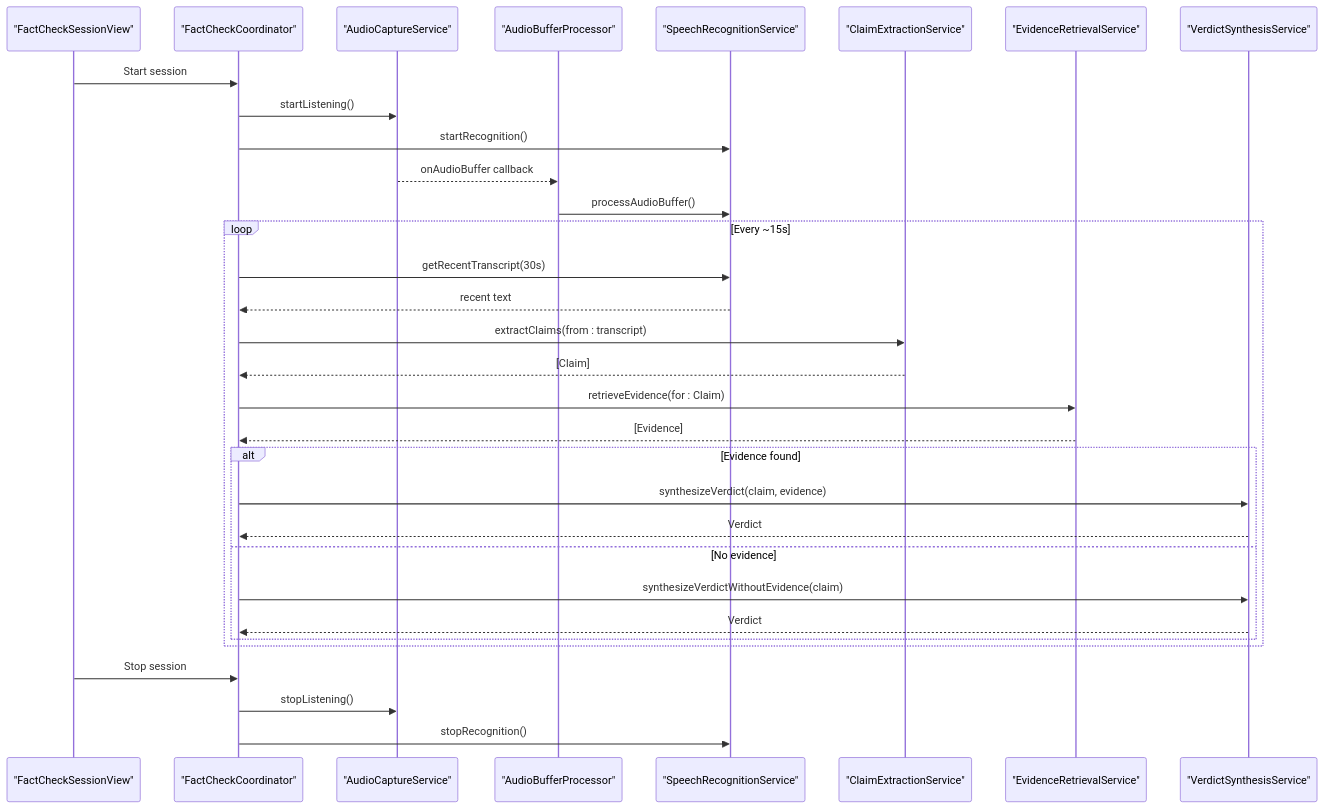
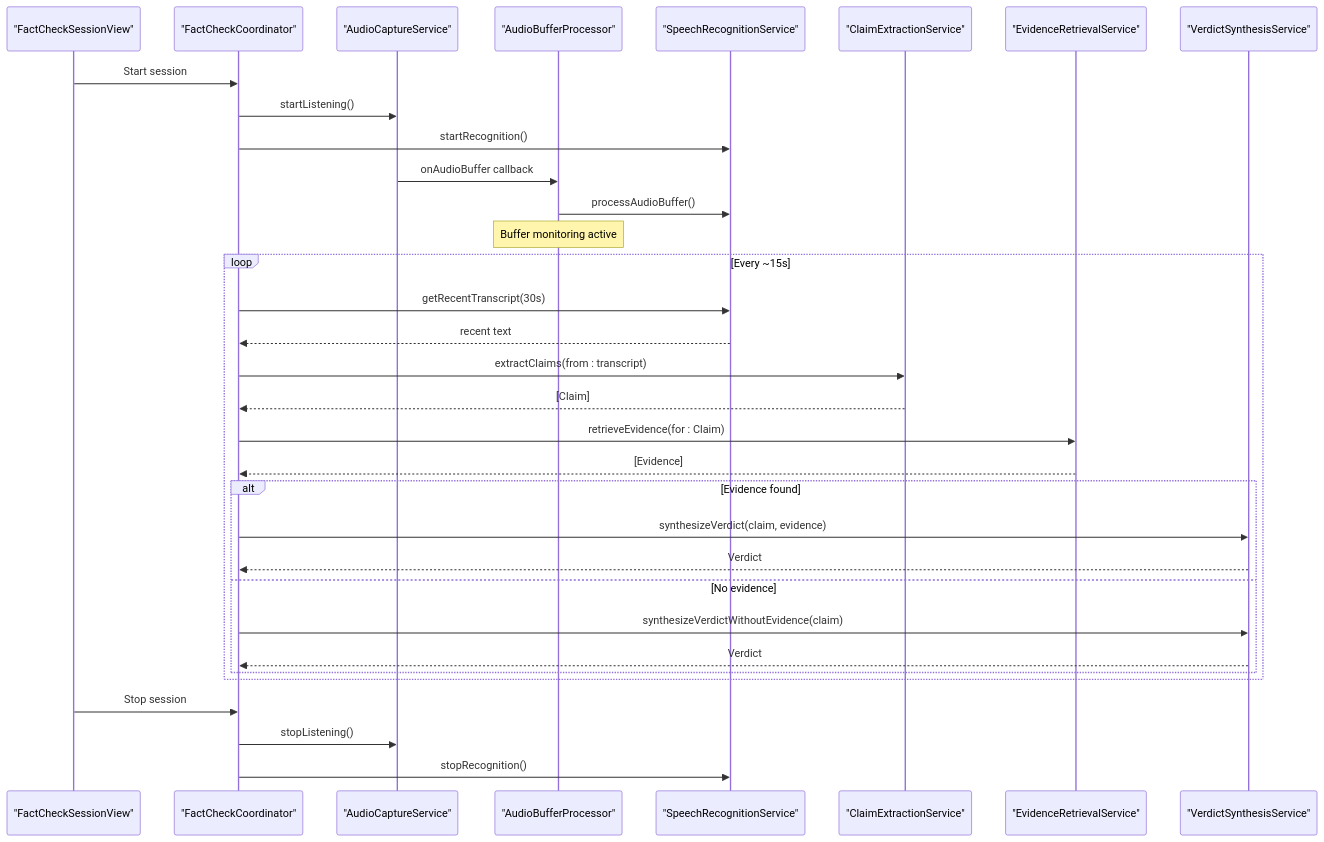
One commit to alexandreybasta-cyber/factshield-ios changed the second of 4 diagrams in .qoder/repowiki/en/content/Core Services/Speech Recognition.md. Above: the diagram before and after it, drawn with Mermaid. The commit also changed other lines of this file and 97 other files, not shown here.

````diff
--- a/.qoder/repowiki/en/content/Core Services/Speech Recognition.md
+++ b/.qoder/repowiki/en/content/Core Services/Speech Recognition.md
@@ -120,34 +112,35 @@
 ```mermaid
 sequenceDiagram
 participant UI as "FactCheckSessionView"
 participant Coord as "FactCheckCoordinator"
 participant Audio as "AudioCaptureService"
 participant Proc as "AudioBufferProcessor"
 participant SR as "SpeechRecognitionService"
 participant Claims as "ClaimExtractionService"
 participant Verify as "EvidenceRetrievalService"
 participant Synth as "VerdictSynthesisService"
 UI->>Coord : Start session
 Coord->>Audio : startListening()
 Coord->>SR : startRecognition()
-Audio-->>Proc : onAudioBuffer callback
+Audio->>Proc : onAudioBuffer callback
 Proc->>SR : processAudioBuffer()
+Note over Proc : Buffer monitoring active
 loop Every ~15s
 Coord->>SR : getRecentTranscript(30s)
 SR-->>Coord : recent text
 Coord->>Claims : extractClaims(from : transcript)
 Claims-->>Coord : [Claim]
 Coord->>Verify : retrieveEvidence(for : Claim)
 Verify-->>Coord : [Evidence]
 alt Evidence found
 Coord->>Synth : synthesizeVerdict(claim, evidence)
 Synth-->>Coord : Verdict
 else No evidence
 Coord->>Synth : synthesizeVerdictWithoutEvidence(claim)
 Synth-->>Coord : Verdict
 end
 end
 UI->>Coord : Stop session
 Coord->>Audio : stopListening()
 Coord->>SR : stopRecognition()
 ```
````
